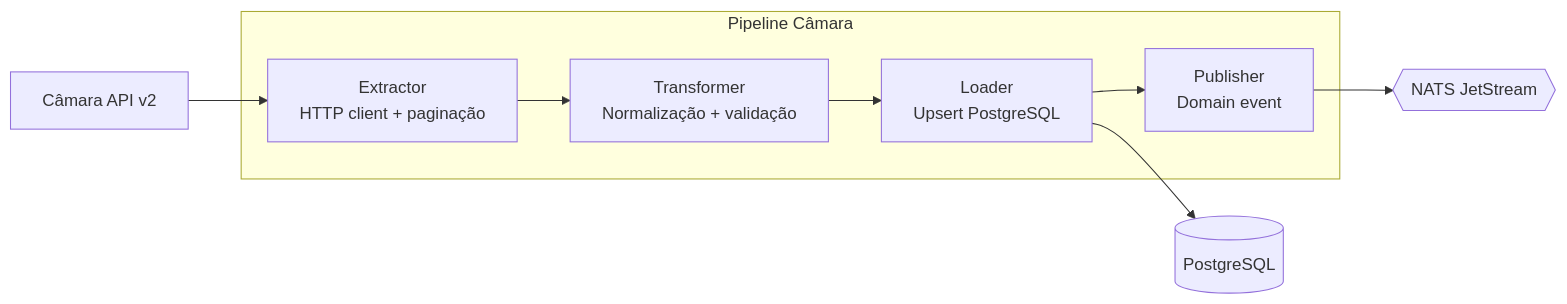
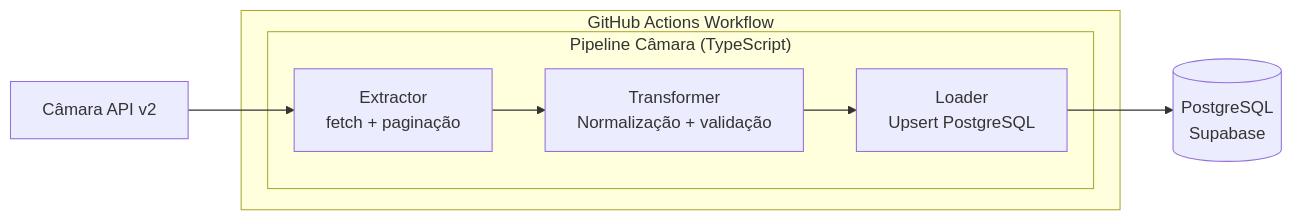
Before and after one commit to FabioCaffarello/brasil-a-vera: the fourth of 5 diagrams in docs/architecture/C4-DIAGRAMS.md, drawn with Mermaid. The commit also changed other lines of this file and 16 other files, not shown here.

First line of the commit message:
docs(architecture): apply Monolith First decisions across all documentation

````diff
--- a/docs/architecture/C4-DIAGRAMS.md
+++ b/docs/architecture/C4-DIAGRAMS.md
@@ -205,17 +164,16 @@
 ```mermaid
 graph LR
-    subgraph "Pipeline Câmara"
-        EXT["Extractor<br/>HTTP client + paginação"]
-        TRANS["Transformer<br/>Normalização + validação"]
-        LOAD["Loader<br/>Upsert PostgreSQL"]
-        PUB["Publisher<br/>Domain event"]
+    subgraph "GitHub Actions Workflow"
+        subgraph "Pipeline Câmara (TypeScript)"
+            EXT["Extractor<br/>fetch + paginação"]
+            TRANS["Transformer<br/>Normalização + validação"]
+            LOAD["Loader<br/>Upsert PostgreSQL"]
+        end
     end
 
     API["Câmara API v2"] --> EXT
     EXT --> TRANS
     TRANS --> LOAD
-    LOAD --> PUB
 
-    LOAD --> PG[(PostgreSQL)]
-    PUB --> NATS{{NATS JetStream}}
+    LOAD --> PG[(PostgreSQL<br/>Supabase)]
 ```
````
